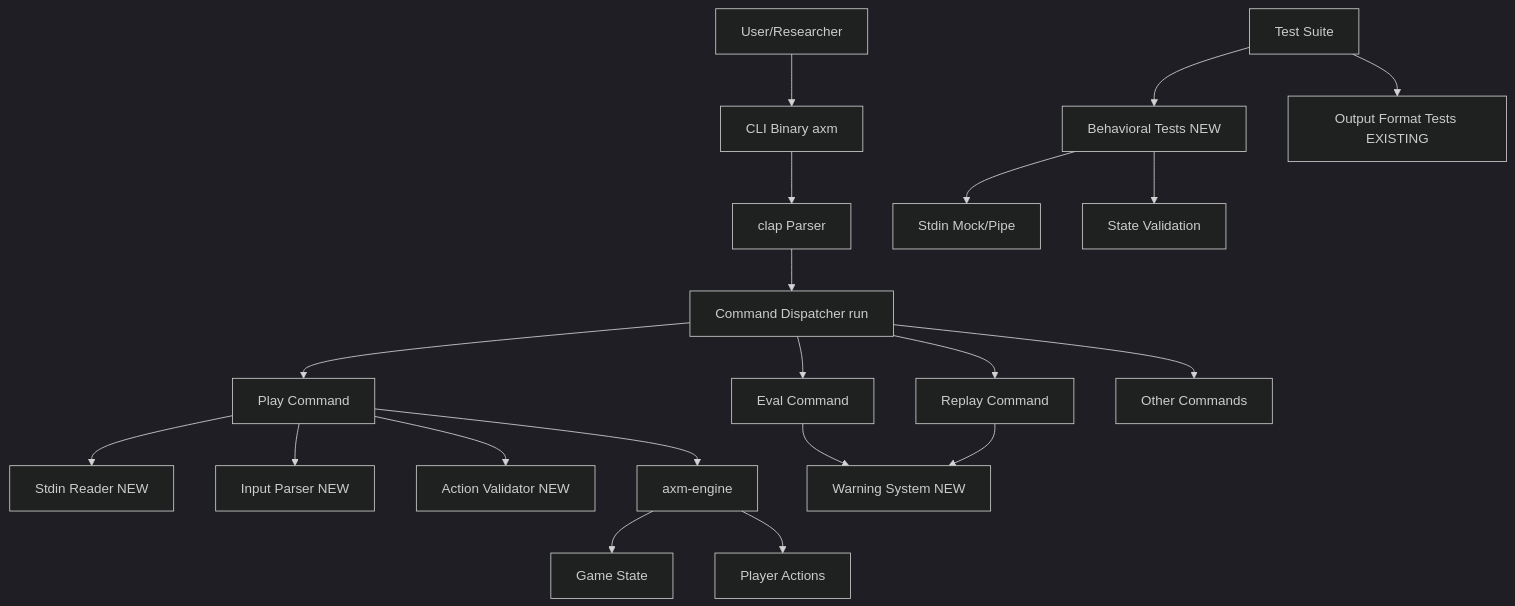
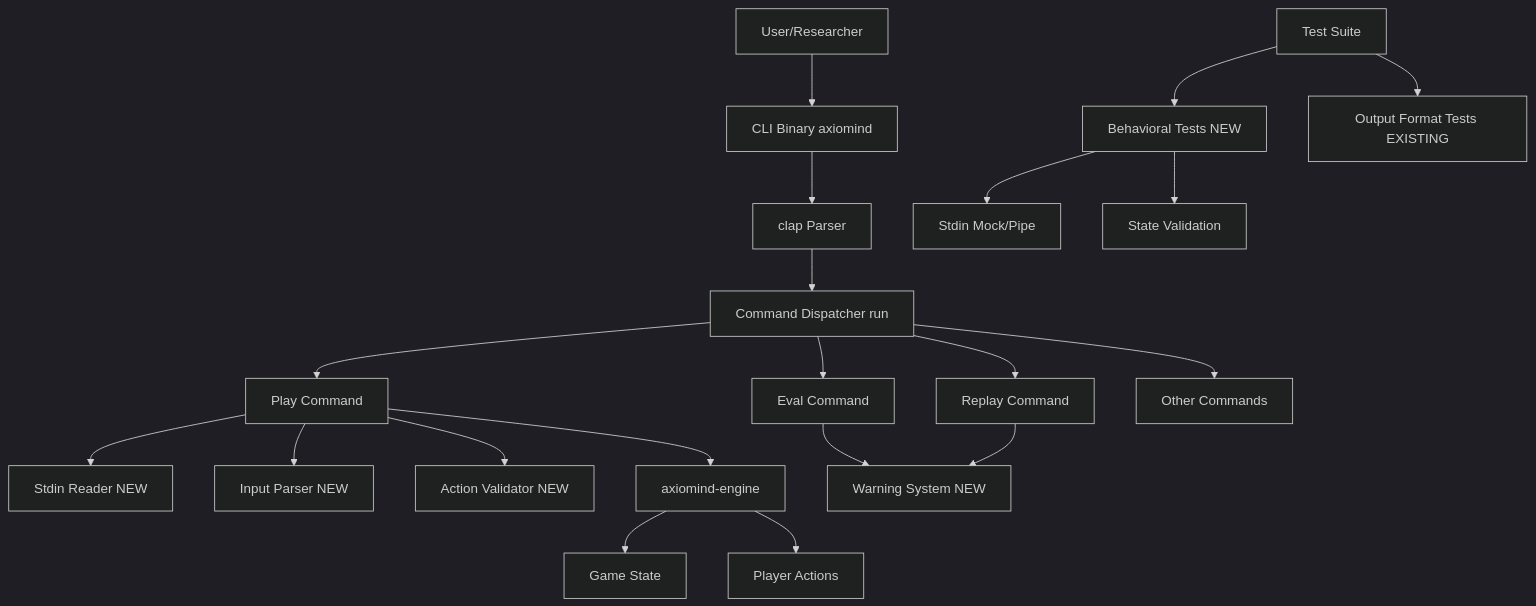
One commit to omoch1-2357/Axiomind changed the first of 4 diagrams in .kiro/specs/cli-audit-fixes/design.md. Above: the diagram before and after it, drawn with Mermaid (dark theme). The commit also changed other lines of this file and 124 other files, not shown here.

Commit message:
Refactor codebase to replace "axm" with "axiomind" across all modules

````diff
--- a/.kiro/specs/cli-audit-fixes/design.md
+++ b/.kiro/specs/cli-audit-fixes/design.md
@@ -59,26 +59,26 @@
 ```mermaid
 graph TB
-    User[User/Researcher] --> CLI[CLI Binary axm]
+    User[User/Researcher] --> CLI[CLI Binary axiomind]
     CLI --> Parser[clap Parser]
     Parser --> Dispatcher[Command Dispatcher run]
     Dispatcher --> PlayCmd[Play Command]
     Dispatcher --> EvalCmd[Eval Command]
     Dispatcher --> ReplayCmd[Replay Command]
     Dispatcher --> OtherCmds[Other Commands]
 
     PlayCmd --> StdinReader[Stdin Reader NEW]
     PlayCmd --> InputParser[Input Parser NEW]
     PlayCmd --> ActionValidator[Action Validator NEW]
-    PlayCmd --> Engine[axm-engine]
+    PlayCmd --> Engine[axiomind-engine]
 
     EvalCmd --> WarningSystem[Warning System NEW]
     ReplayCmd --> WarningSystem
 
     Engine --> GameState[Game State]
     Engine --> PlayerActions[Player Actions]
 
     TestSuite[Test Suite] --> BehavioralTests[Behavioral Tests NEW]
     TestSuite --> OutputTests[Output Format Tests EXISTING]
     BehavioralTests --> StdinMock[Stdin Mock/Pipe]
     BehavioralTests --> StateValidation[State Validation]
 ```
````
